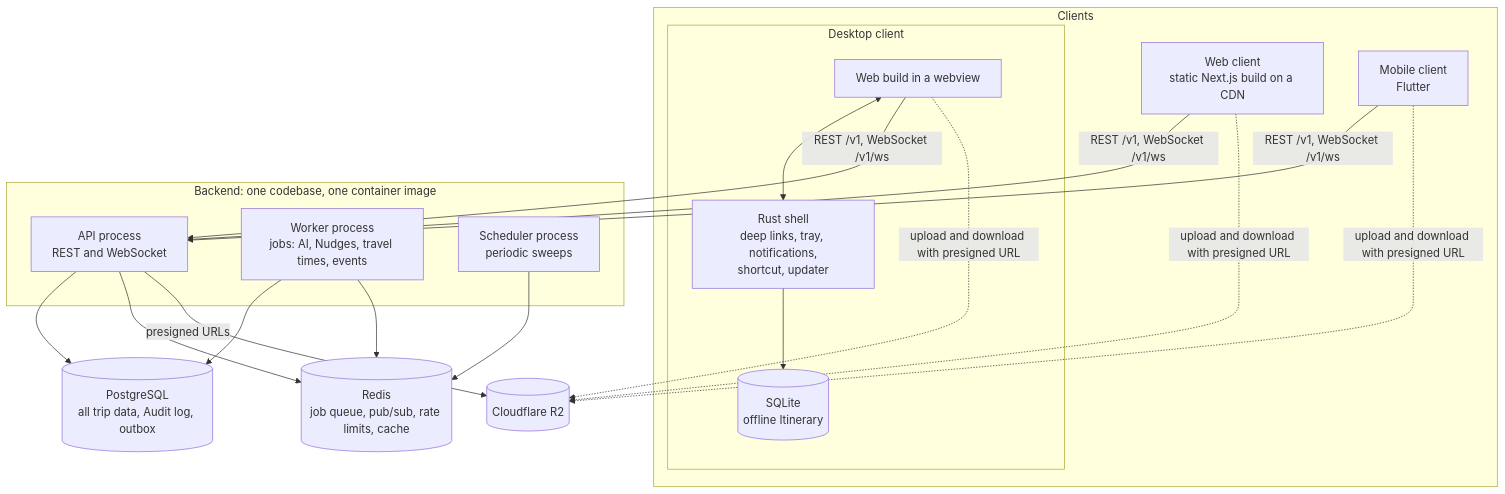
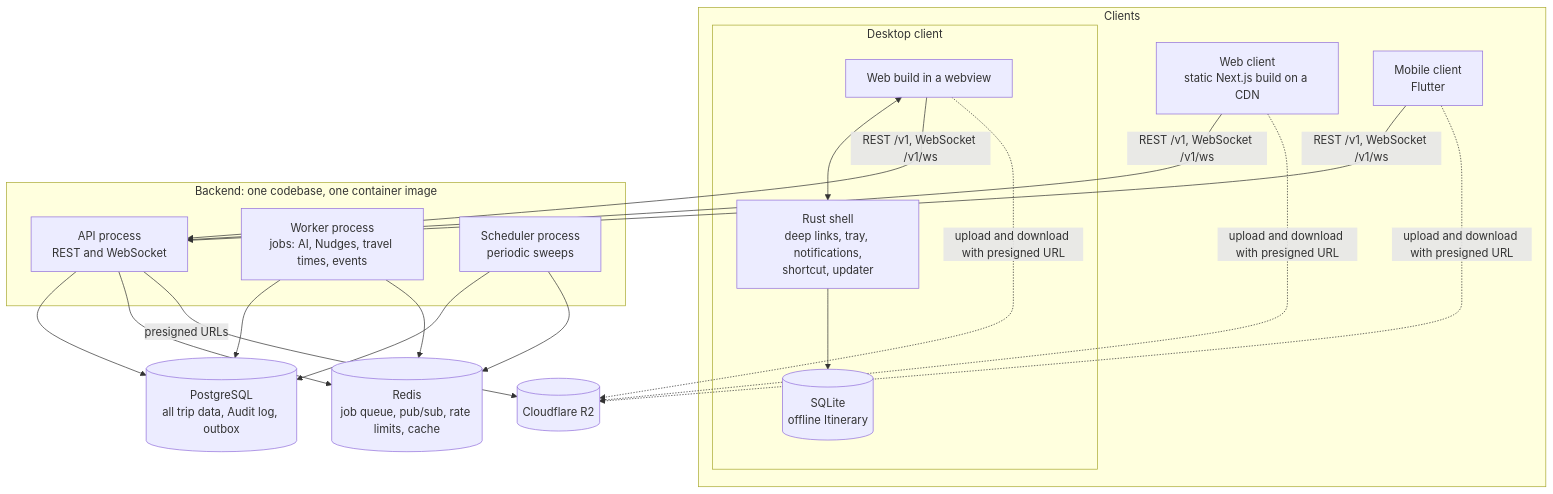
One commit to huynguyennang-agilityio/tripmate-docs changed the second of 6 diagrams in docs/architecture.md. Above: the diagram before and after it, drawn with Mermaid. The commit also changed other lines of this file and 3 other files, not shown here.

````diff
--- a/docs/architecture.md
+++ b/docs/architecture.md
@@ -89,31 +89,32 @@
 ```mermaid
 flowchart TB
     subgraph Clients
         W["Web client<br/>static Next.js build on a CDN"]
         MO["Mobile client<br/>Flutter"]
         subgraph D["Desktop client"]
             DW["Web build in a webview"]
             DR["Rust shell<br/>deep links, tray, notifications,<br/>shortcut, updater"]
             DC[("SQLite<br/>offline Itinerary")]
             DW <--> DR
             DR --> DC
         end
     end
     subgraph Backend["Backend: one codebase, one container image"]
         API["API process<br/>REST and WebSocket"]
         WK["Worker process<br/>jobs: AI, Nudges, travel times, events"]
         SC["Scheduler process<br/>periodic sweeps"]
     end
     PG[("PostgreSQL<br/>all trip data, Audit log, outbox")]
     RD[("Redis<br/>job queue, pub/sub, rate limits, cache")]
     OS[("Cloudflare R2")]
 
     W & MO & DW -->|"REST /v1, WebSocket /v1/ws"| API
     API --> PG
     API --> RD
     WK --> PG
     WK --> RD
+    SC --> PG
     SC --> RD
     API -->|"presigned URLs"| OS
     W & MO & DW -.->|"upload and download with presigned URL"| OS
 ```
````
